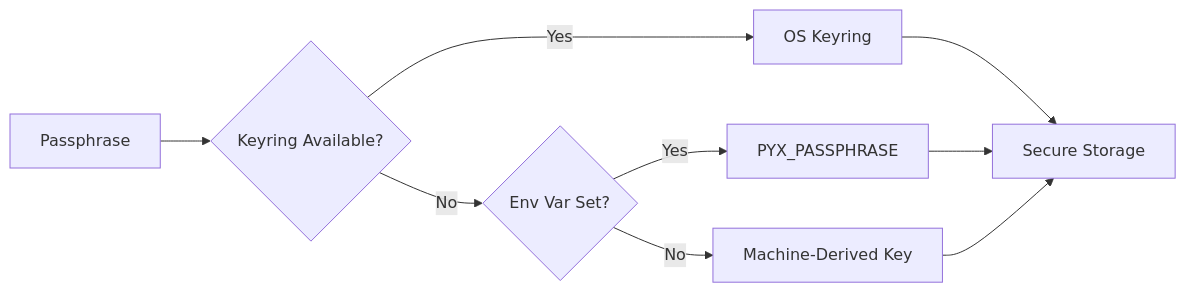
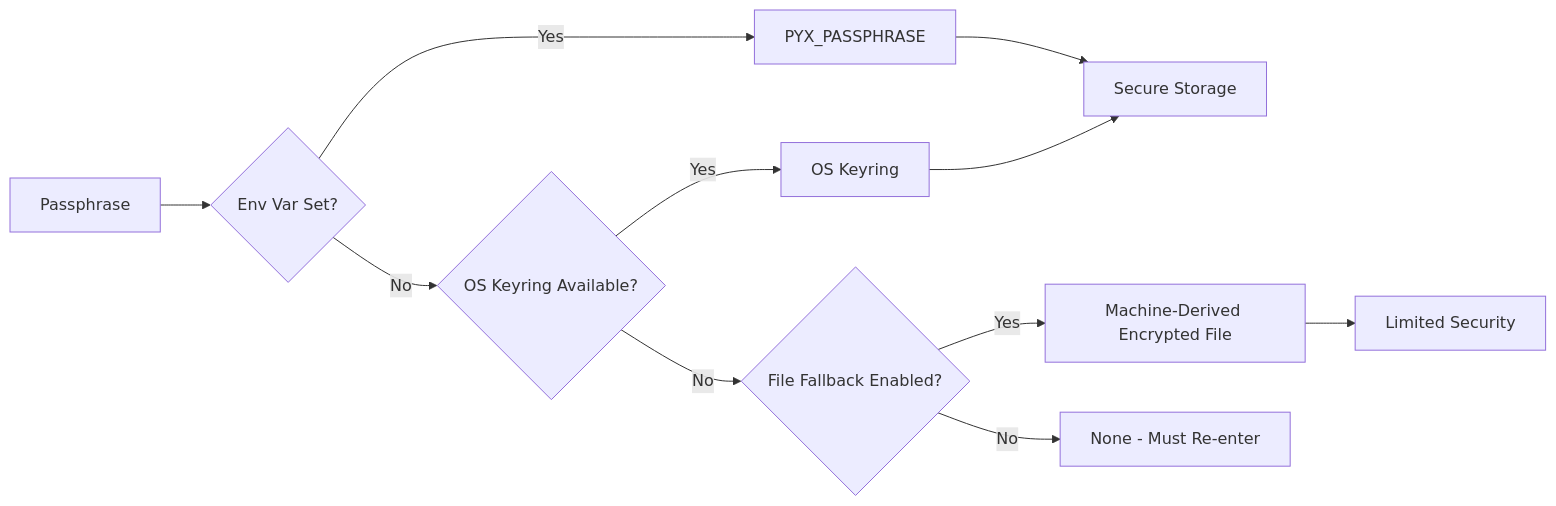
One commit to dkmnx/pyx changed the second of 2 diagrams in docs/reference/security.md. Above: the diagram before and after it, drawn with Mermaid. The commit also changed other lines of this file, not shown here.

Commit message:
docs(security): clarify passphrase fallback protections

````diff
--- a/docs/reference/security.md
+++ b/docs/reference/security.md
@@ -81,12 +81,14 @@
 ```mermaid
 graph LR
-    A[Passphrase] --> B{Keyring Available?}
-    B -->|Yes| C[OS Keyring]
-    B -->|No| D{Env Var Set?}
-    D -->|Yes| E[PYX_PASSPHRASE]
-    D -->|No| F[Machine-Derived Key]
+    A[Passphrase] --> B{Env Var Set?}
+    B -->|Yes| C[PYX_PASSPHRASE]
+    B -->|No| D{OS Keyring Available?}
+    D -->|Yes| E[OS Keyring]
+    D -->|No| F{File Fallback Enabled?}
+    F -->|Yes| G[Machine-Derived Encrypted File]
+    F -->|No| H[None - Must Re-enter]
     
-    C --> G[Secure Storage]
-    E --> G
-    F --> G
+    C --> I[Secure Storage]
+    E --> I
+    G --> J[Limited Security]
 ```
````
